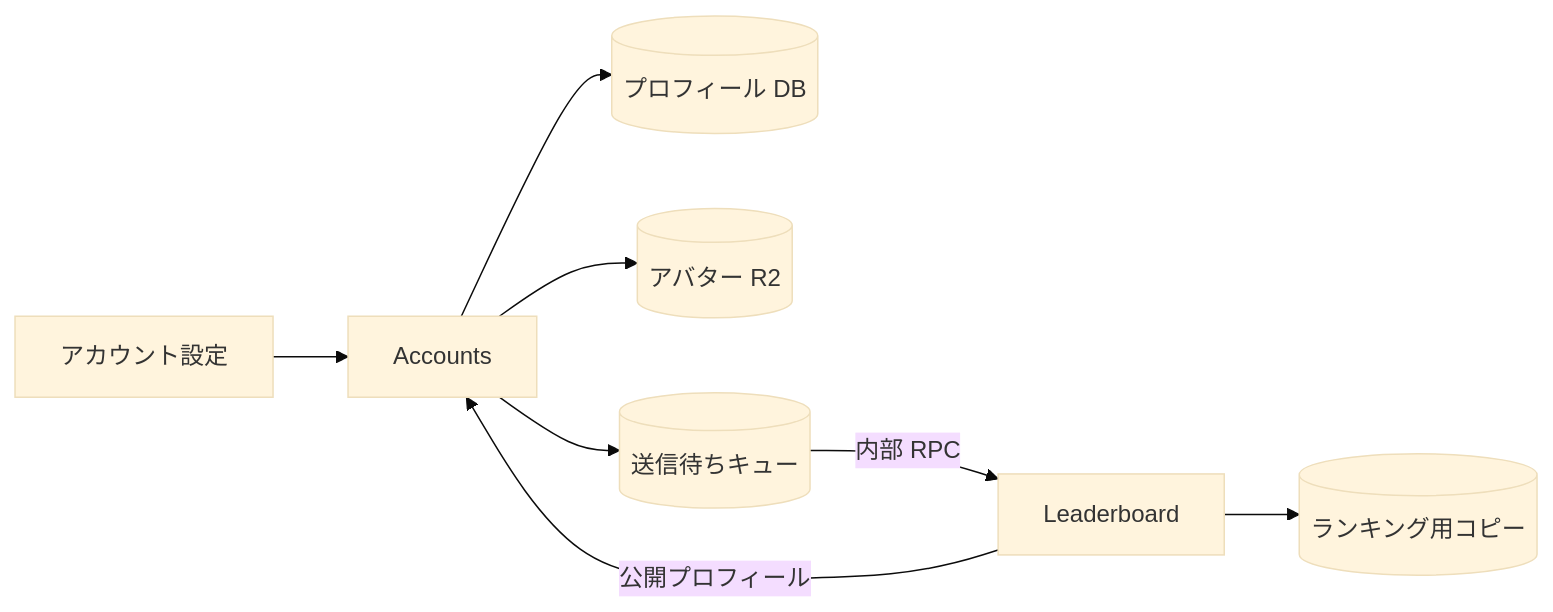
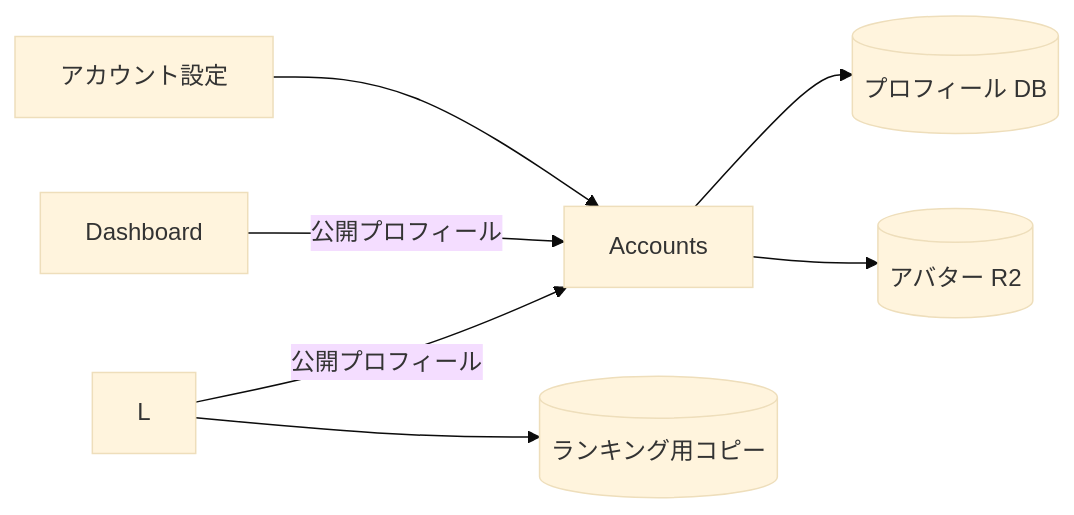
Before and after one commit to nulltask/be-music: the diagram in docs/adr/0009-accounts-profiles.ja.md, drawn with Mermaid (base theme). The commit also changed other lines of this file and 20 other files, not shown here.

````diff
--- a/docs/adr/0009-accounts-profiles.ja.md
+++ b/docs/adr/0009-accounts-profiles.ja.md
@@ -9,10 +11,9 @@
 ```mermaid
 flowchart LR
     U[アカウント設定] --> A[Accounts]
     A --> D[(プロフィール DB)]
     A --> R[(アバター R2)]
-    A --> O[(送信待ちキュー)]
-    O -->|内部 RPC| L[Leaderboard]
+    H[Dashboard] -->|公開プロフィール| A
     L -->|公開プロフィール| A
     L --> P[(ランキング用コピー)]
 ```
````
